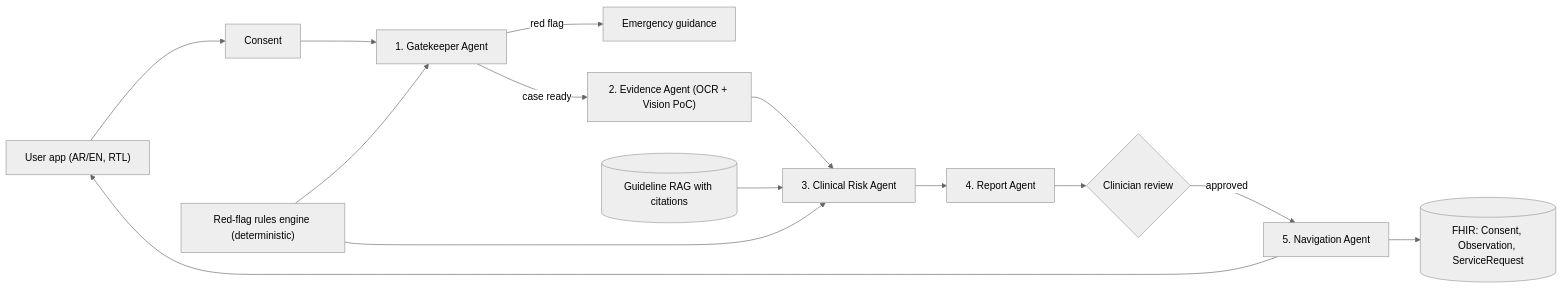
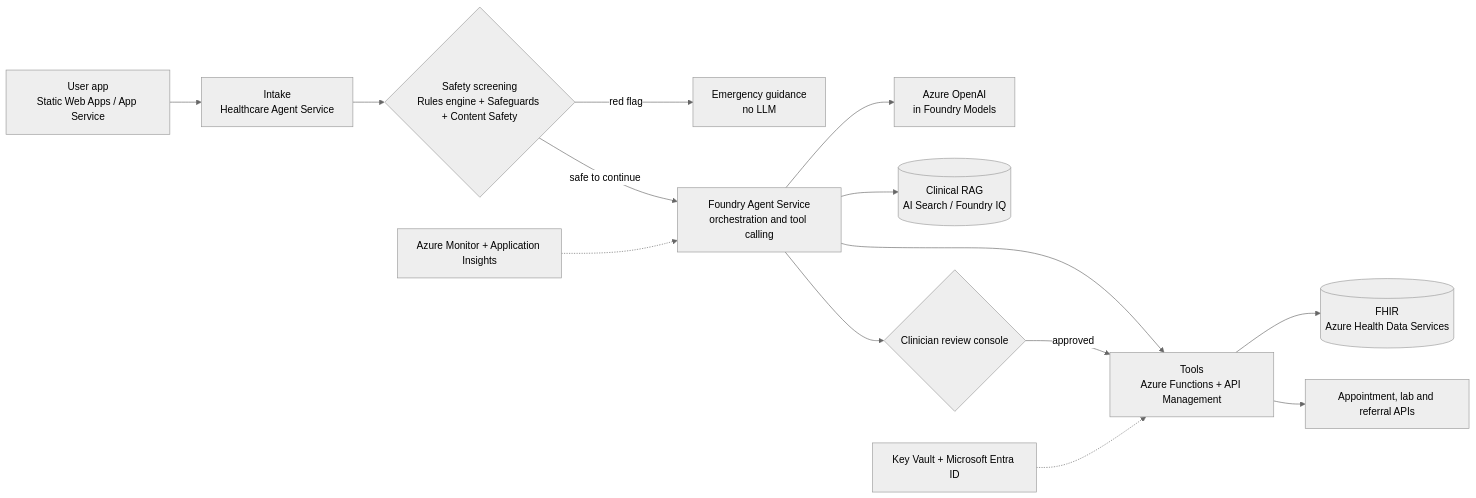
The diagram in README.md (aetherhealth-sanad/sanad-front-door), drawn with Mermaid (neutral theme) before and after one commit. The commit also changed other lines of this file, not shown here.

````diff
--- a/README.md
+++ b/README.md
@@ -68,16 +80,16 @@
 ```mermaid
 flowchart LR
-    U["User app (AR/EN, RTL)"] --> C["Consent"]
-    C --> G["1. Gatekeeper Agent"]
-    RF["Red-flag rules engine (deterministic)"] --> G
-    G -->|"red flag"| ER["Emergency guidance"]
-    G -->|"case ready"| EV["2. Evidence Agent (OCR + Vision PoC)"]
-    EV --> CR["3. Clinical Risk Agent"]
-    KB[("Guideline RAG with citations")] --> CR
-    RF --> CR
-    CR --> RP["4. Report Agent"]
-    RP --> DR{"Clinician review"}
-    DR -->|"approved"| NV["5. Navigation Agent"]
-    NV --> FH[("FHIR: Consent, Observation, ServiceRequest")]
-    NV --> U
+    U["User app<br/>Static Web Apps / App Service"] --> I["Intake<br/>Healthcare Agent Service"]
+    I --> S{"Safety screening<br/>Rules engine + Safeguards + Content Safety"}
+    S -->|"red flag"| E["Emergency guidance<br/>no LLM"]
+    S -->|"safe to continue"| O["Foundry Agent Service<br/>orchestration and tool calling"]
+    O --> L["Azure OpenAI<br/>in Foundry Models"]
+    O --> K[("Clinical RAG<br/>AI Search / Foundry IQ")]
+    O --> T["Tools<br/>Azure Functions + API Management"]
+    T --> F[("FHIR<br/>Azure Health Data Services")]
+    T --> X["Appointment, lab and referral APIs"]
+    O --> R{"Clinician review console"}
+    R -->|"approved"| T
+    M["Azure Monitor + Application Insights"] -.-> O
+    V["Key Vault + Microsoft Entra ID"] -.-> T
 ```
````
